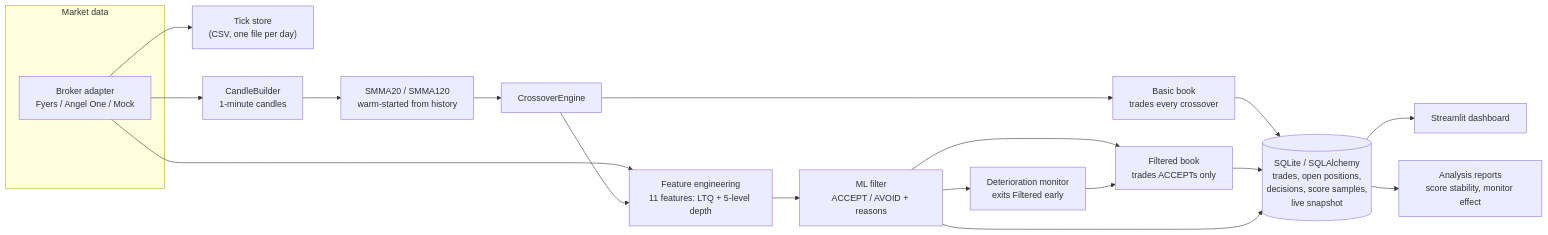
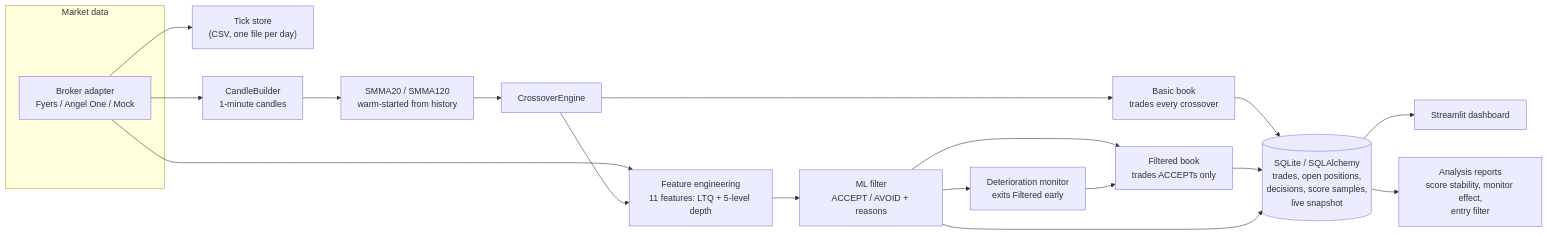
The diagram in README.md (Anishhgupta/ai-stock-screener-demo), drawn with Mermaid before and after one commit. The commit also changed other lines of this file and 1 other file, not shown here.

Commit message:
README: entry-filter report, 15:30 cutoff, overnight recovery; ignore saved logs

````diff
--- a/README.md
+++ b/README.md
@@ -28,25 +28,25 @@
 ```mermaid
 flowchart LR
     subgraph Feed["Market data"]
         B["Broker adapter<br/>Fyers / Angel One / Mock"]
     end
 
     B --> T["Tick store<br/>(CSV, one file per day)"]
     B --> C["CandleBuilder<br/>1-minute candles"]
     C --> S["SMMA20 / SMMA120<br/>warm-started from history"]
     S --> X["CrossoverEngine"]
     B --> F["Feature engineering<br/>11 features: LTQ + 5-level depth"]
     X --> F
     F --> M["ML filter<br/>ACCEPT / AVOID + reasons"]
 
     X --> PB["Basic book<br/>trades every crossover"]
     M --> PF["Filtered book<br/>trades ACCEPTs only"]
     M --> DM["Deterioration monitor<br/>exits Filtered early"]
     DM --> PF
 
     PB --> DB[("SQLite / SQLAlchemy<br/>trades, open positions,<br/>decisions, score samples,<br/>live snapshot")]
     PF --> DB
     M --> DB
     DB --> D["Streamlit dashboard"]
-    DB --> R["Analysis reports<br/>score stability, monitor effect"]
+    DB --> R["Analysis reports<br/>score stability, monitor effect,<br/>entry filter"]
 ```
````
